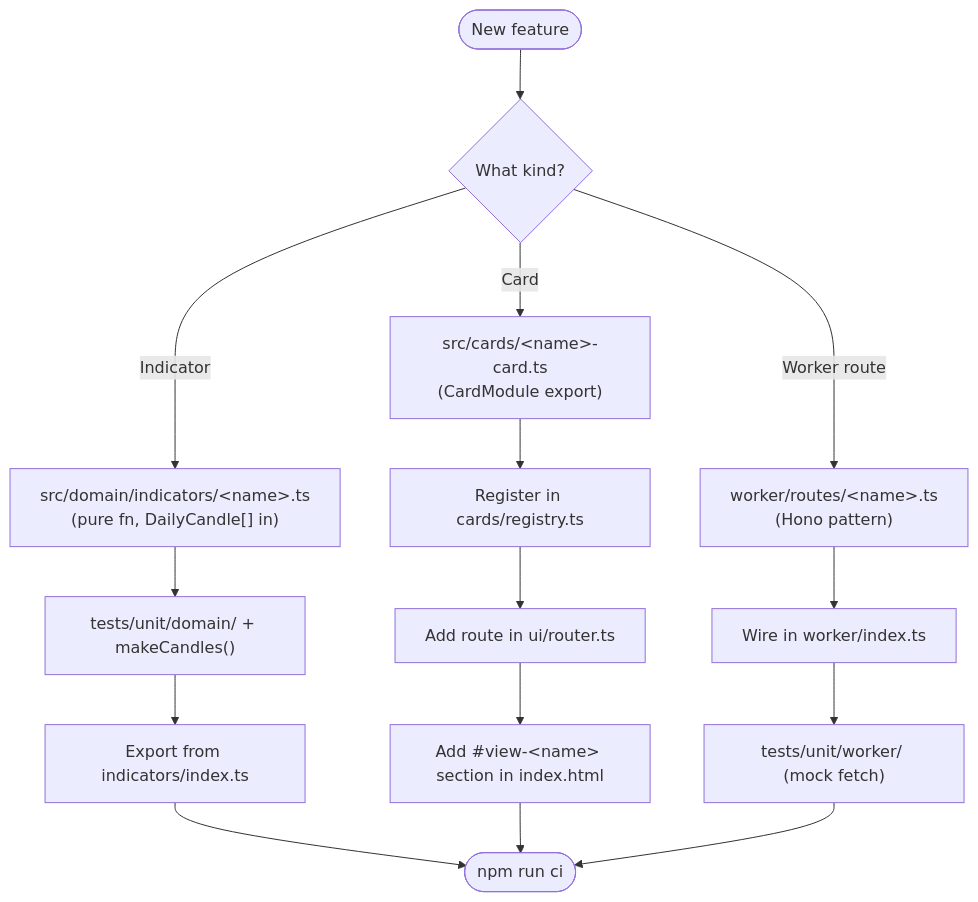
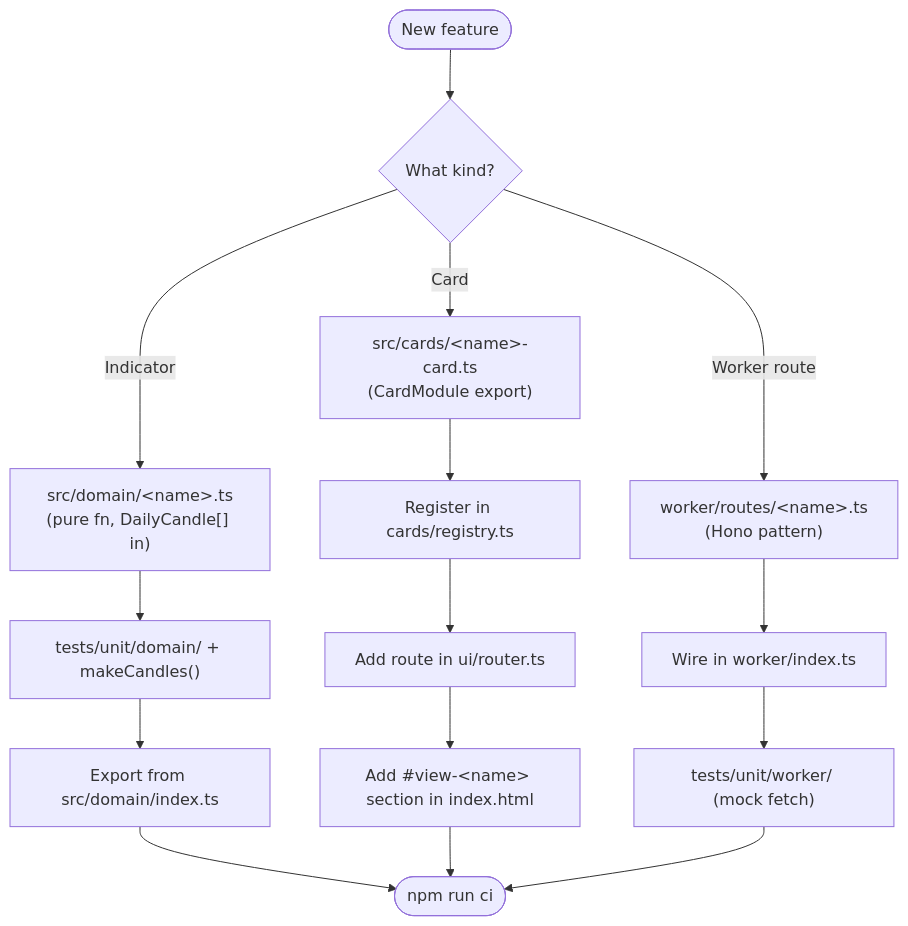
One commit to RajwanYair/CrossTide changed the second of 4 diagrams in docs/DEVELOPMENT.md. Above: the diagram before and after it, drawn with Mermaid. The commit also changed other lines of this file and 287 other files, not shown here.

````diff
--- a/docs/DEVELOPMENT.md
+++ b/docs/DEVELOPMENT.md
@@ -83,21 +92,21 @@
 ```mermaid
 flowchart TD
   Start([New feature]) --> Choice{What kind?}
 
-  Choice -->|Indicator| I1["src/domain/indicators/&lt;name&gt;.ts\n(pure fn, DailyCandle[] in)"]
+  Choice -->|Indicator| I1["src/domain/&lt;name&gt;.ts\n(pure fn, DailyCandle[] in)"]
   I1 --> I2["tests/unit/domain/ + makeCandles()"]
-  I2 --> I3["Export from indicators/index.ts"]
+  I2 --> I3["Export from src/domain/index.ts"]
 
   Choice -->|Card| C1["src/cards/&lt;name&gt;-card.ts\n(CardModule export)"]
   C1 --> C2["Register in cards/registry.ts"]
   C2 --> C3["Add route in ui/router.ts"]
   C3 --> C4["Add #view-&lt;name&gt; section in index.html"]
 
   Choice -->|Worker route| W1["worker/routes/&lt;name&gt;.ts\n(Hono pattern)"]
   W1 --> W2["Wire in worker/index.ts"]
   W2 --> W3["tests/unit/worker/ (mock fetch)"]
 
   I3 --> Gate([npm run ci])
   C4 --> Gate
   W3 --> Gate
 ```
````
